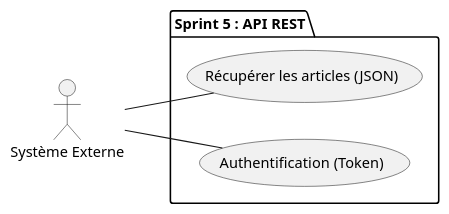
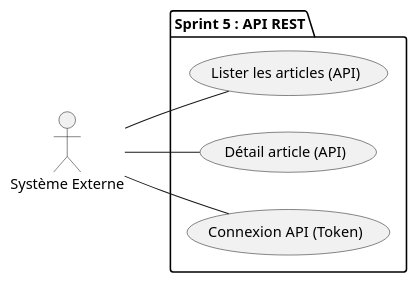
Before and after one commit to labs-web/mvp-blog-2026: the diagram in 04_sprints/Sprint-05-API/sprint-05-api.puml, drawn with PlantUML. The commit also changed 15 other files, not shown here.

```diff
--- a/04_sprints/Sprint-05-API/sprint-05-api.puml
+++ b/04_sprints/Sprint-05-API/sprint-05-api.puml
@@ -1,12 +1,14 @@
 @startuml
 left to right direction
 actor "Système Externe" as System
 
 package "Sprint 5 : API REST" {
-  usecase "Récupérer les articles (JSON)" as UC_List
-  usecase "Authentification (Token)" as UC_Auth
+  usecase "Lister les articles (API)" as UC_List
+  usecase "Détail article (API)" as UC_Detail
+  usecase "Connexion API (Token)" as UC_Auth
 }
 
 System -- UC_List
+System -- UC_Detail
 System -- UC_Auth
 @enduml
```
